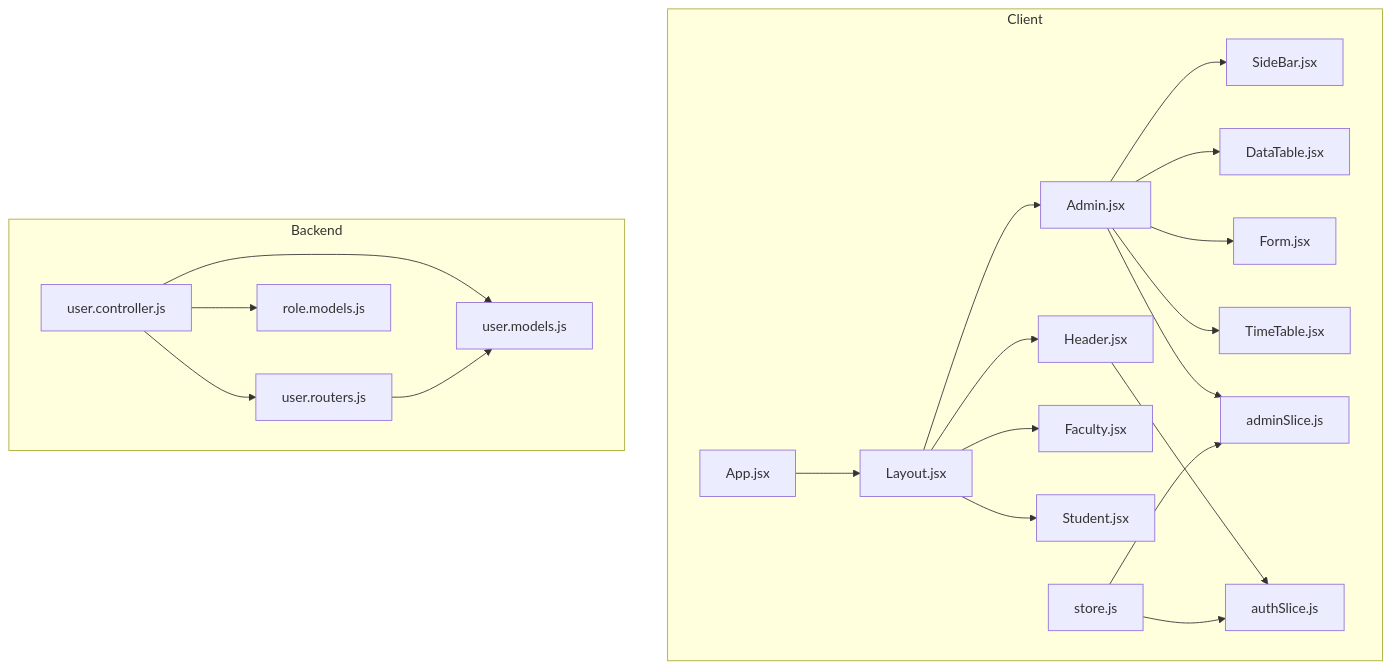
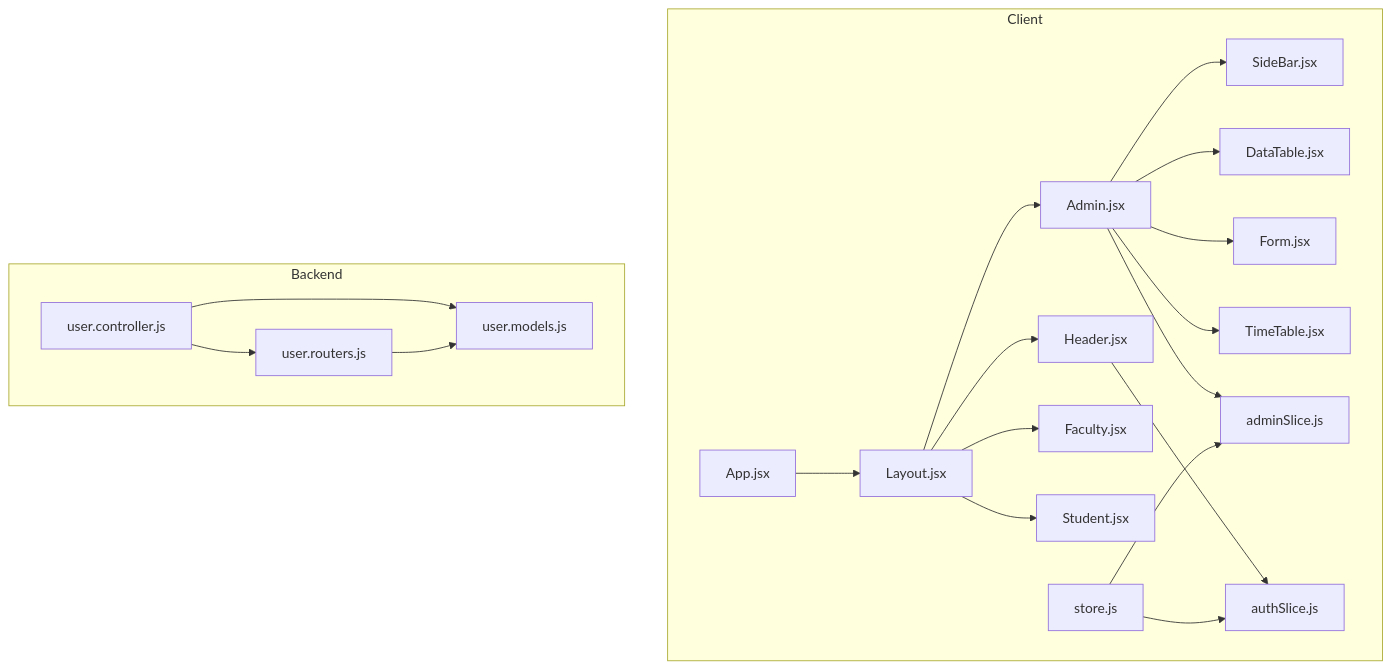
Before and after one commit to Aryan9060/Timetable-Project: the first of 5 diagrams in .qoder/repowiki/en/content/Master Data Management/Role-Based Dashboards.md, drawn with Mermaid. The commit also changed other lines of this file and 22 other files, not shown here.

````diff
--- a/.qoder/repowiki/en/content/Master Data Management/Role-Based Dashboards.md
+++ b/.qoder/repowiki/en/content/Master Data Management/Role-Based Dashboards.md
@@ -52,41 +52,39 @@
 ```mermaid
 graph TB
 subgraph "Client"
 APP["App.jsx"]
 LYT["Layout.jsx"]
 HDR["Header.jsx"]
 ADM["Admin.jsx"]
 FAC["Faculty.jsx"]
 STD["Student.jsx"]
 SB["SideBar.jsx"]
 DT["DataTable.jsx"]
 FM["Form.jsx"]
 TT["TimeTable.jsx"]
 AST["authSlice.js"]
 ASL["adminSlice.js"]
 ST["store.js"]
 end
 subgraph "Backend"
 UC["user.controller.js"]
 UM["user.models.js"]
 UR["user.routers.js"]
-RM["role.models.js"]
 end
 APP --> LYT
 LYT --> HDR
 LYT --> ADM
 LYT --> FAC
 LYT --> STD
 ADM --> SB
 ADM --> DT
 ADM --> FM
 ADM --> TT
 ADM --> ASL
 HDR --> AST
 ST --> AST
 ST --> ASL
 UC --> UM
 UC --> UR
 UR --> UM
-UC --> RM
 ```
````
